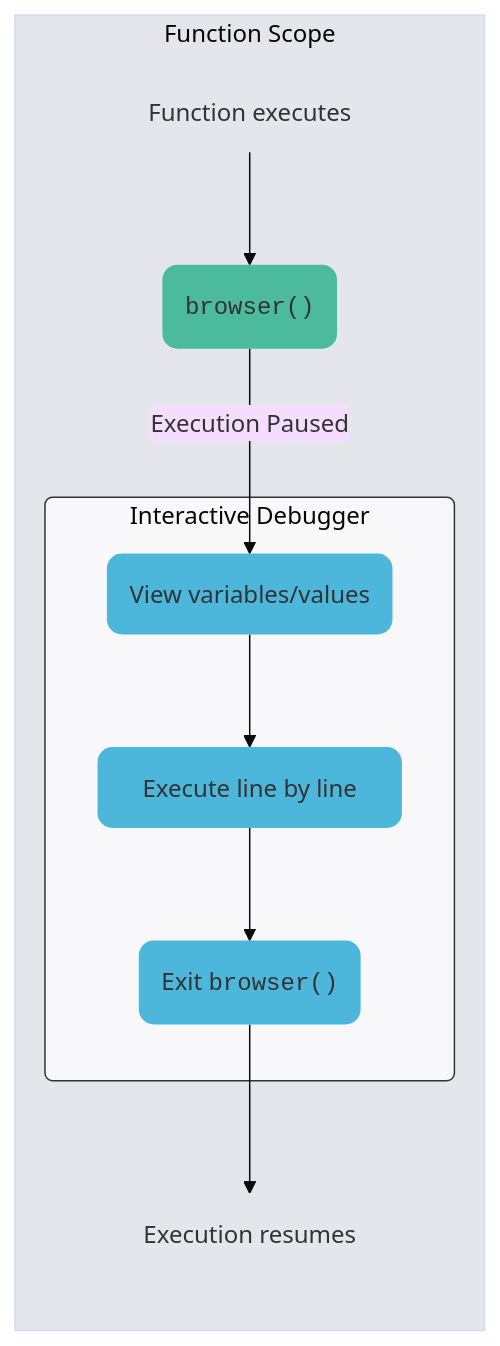
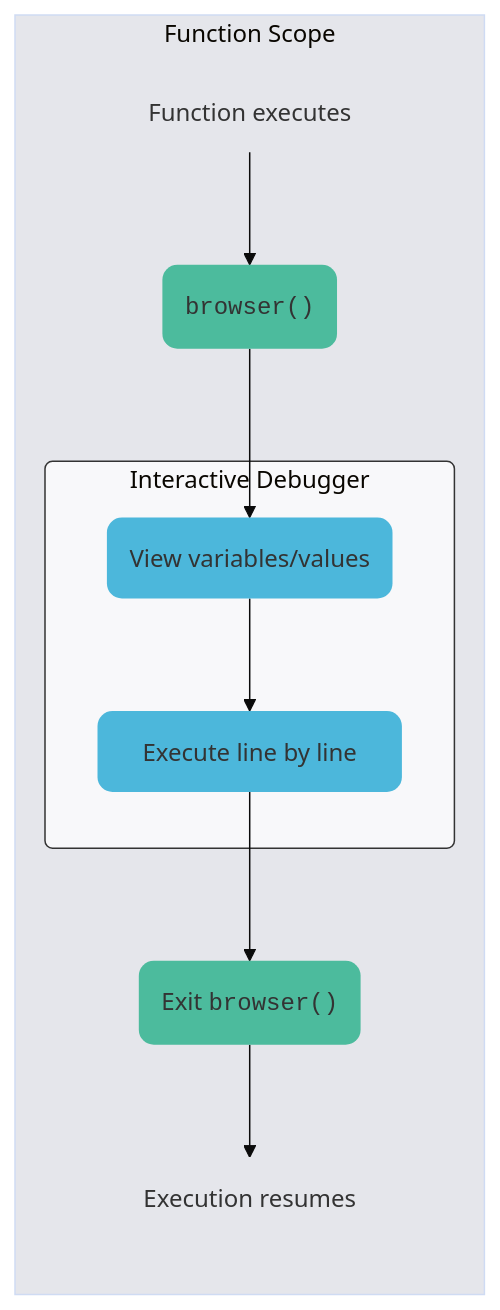
One commit to mjfrigaard/shiny-app-pkgs changed the first of 2 diagrams in debugger.qmd. Above: the diagram before and after it, drawn with Mermaid. The commit also changed other lines of this file and 65 other files, not shown here.

````diff
--- a/debugger.qmd
+++ b/debugger.qmd
@@ -116,26 +73,26 @@
 ```{mermaid}
 %%| label: function_exec_browser
 %%| fig-width: 5
 %%| fig-height: 6
 %%| fig-align: center
 %%{init: {'theme': 'base', 'themeVariables': { 'fontFamily': 'Inconsolata'}}}%%
 flowchart LR
  subgraph Function["Function Scope"]
         Running["Function executes"] --> Browser("<code>browser()</code>")
-        Browser -- Execution Paused --> Debugger("View variables/values")
+        Browser --> Debugger("View variables/values")
     subgraph Browse["Interactive Debugger"]
         Debugger --> Step["Execute line by line"]
-        Step --> Exit("Exit <code>browser()</code>")
     end
+    Step --> Exit("Exit <code>browser()</code>")
     Exit --> Exec["Execution resumes"]
   end
     
     style Debugger fill:#4CB7DB,stroke:none,rx:10,ry:10
-    style Exit fill:#4CB7DB,stroke:none,rx:10,ry:10
+    style Exit fill:#4CBB9D,stroke:none,rx:10,ry:10
     style Step fill:#4CB7DB,stroke:none,rx:10,ry:10
     style Running fill:none,stroke:none,rx:10,ry:10
     style Browse fill:#F8F8FA,stroke:#333,stroke-width:1px,rx:5,ry:5
     style Browser fill:#4CBB9D,stroke:none,rx:10,ry:10
     style Function fill:#E5E6EB
     style Exec fill:none,stroke:none,rx:10,ry:10
 ```
````
